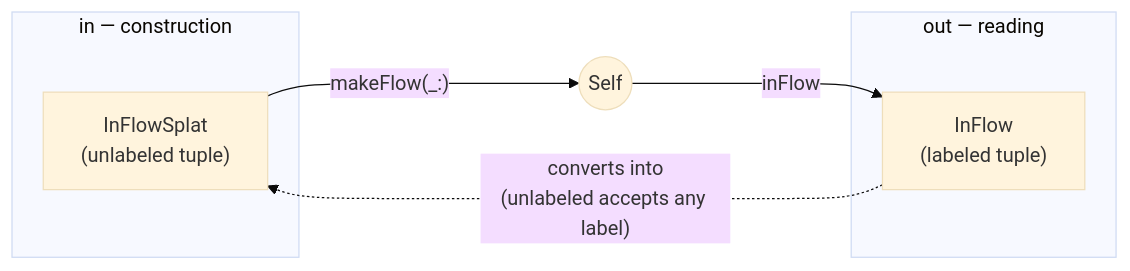
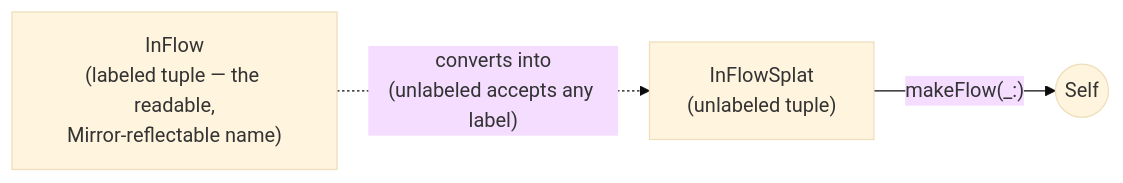
One commit to sisoje/swift-core-flow changed the second of 3 diagrams in README.md. Above: the diagram before and after it, drawn with Mermaid (base theme). The commit also changed other lines of this file and 27 other files, not shown here.

````diff
--- a/README.md
+++ b/README.md
@@ -683,12 +651,7 @@
 ```mermaid
 flowchart LR
-    subgraph in["in — construction"]
-        IFS["InFlowSplat<br/>(unlabeled tuple)"]
-    end
-    subgraph out["out — reading"]
-        IF["InFlow<br/>(labeled tuple)"]
-    end
+    IF["InFlow<br/>(labeled tuple — the readable,<br/>Mirror-reflectable name)"]
+    IFS["InFlowSplat<br/>(unlabeled tuple)"]
+    IF -. "converts into<br/>(unlabeled accepts any label)" .-> IFS
     IFS -- "makeFlow(_:)" --> T((Self))
-    T -- "inFlow" --> IF
-    IF -. "converts into<br/>(unlabeled accepts any label)" .-> IFS
 ```
````
